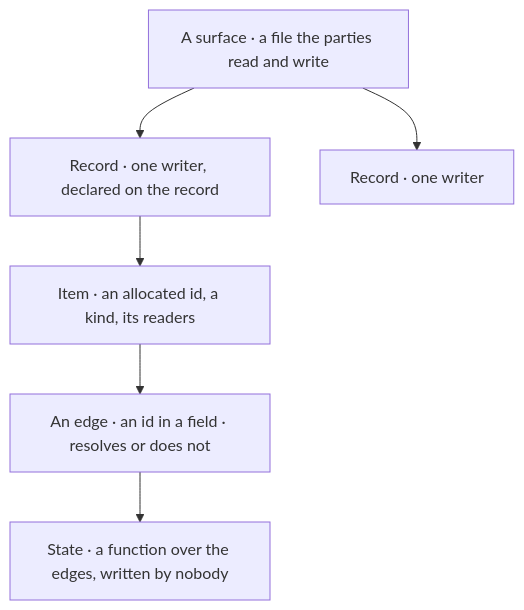
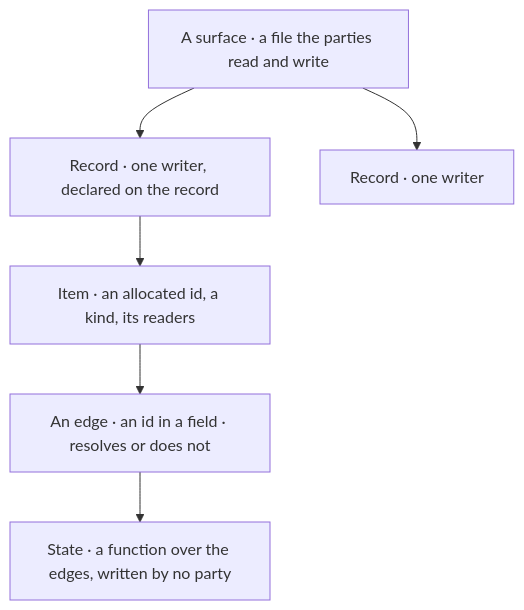
One commit to Varietyz/Disciplined-AI-Software-Development changed the fourth of 10 diagrams in pag/ORCHESTRATION.md. Above: the diagram before and after it, drawn with Mermaid. The commit also changed other lines of this file and 25 other files, not shown here.

````diff
--- a/pag/ORCHESTRATION.md
+++ b/pag/ORCHESTRATION.md
@@ -317,12 +323,12 @@
 ```mermaid
 flowchart TB
 surface["A surface · a file the parties read and write"]
 r1["Record · one writer, declared on the record"]
 r2["Record · one writer"]
 item["Item · an allocated id, a kind, its readers"]
 ref["An edge · an id in a field · resolves or does not"]
-state["State · a function over the edges, written by nobody"]
+state["State · a function over the edges, written by no party"]
 surface --> r1
 surface --> r2
 r1 --> item --> ref --> state
 ```
````
